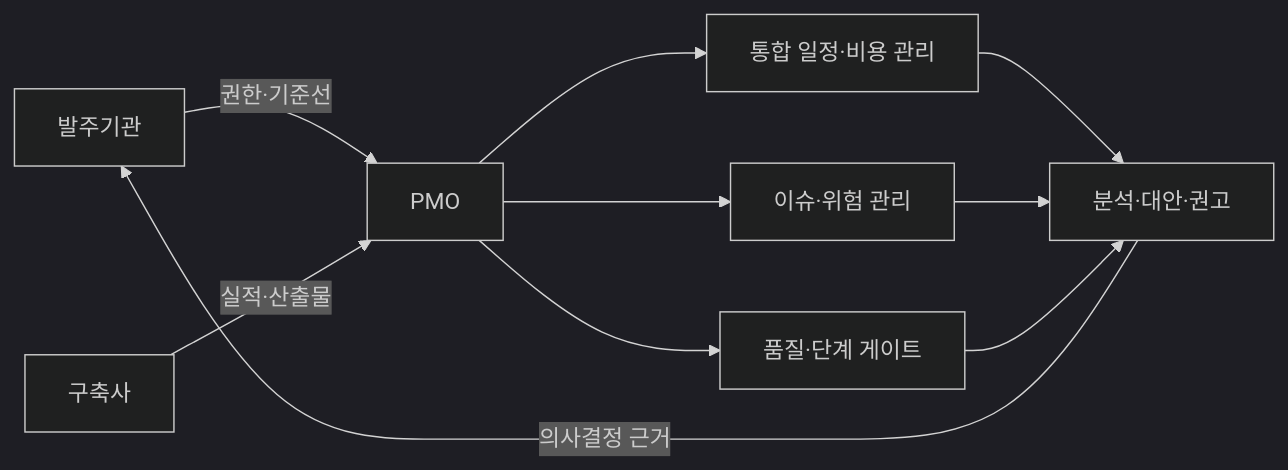
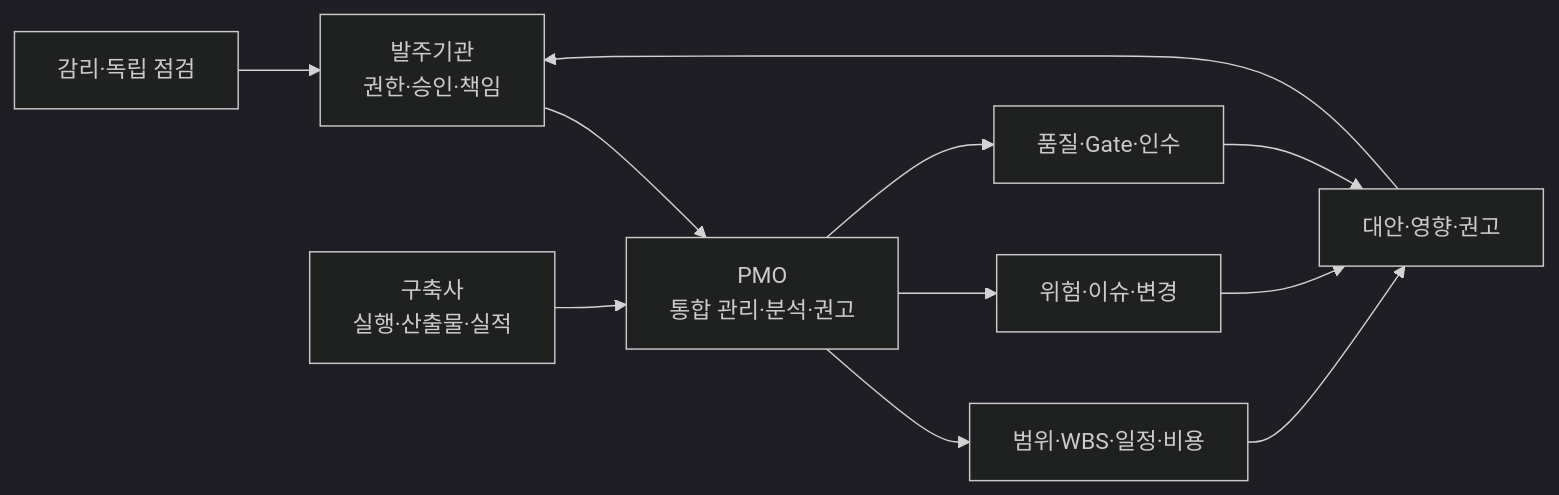
Before and after one commit to agnusdei1207/knowledge-base: the first of 2 diagrams in src/content/docs/notes/03-software/191_pmo.md, drawn with Mermaid (dark theme). The commit also changed other lines of this file and 12 other files, not shown here.

````diff
--- a/src/content/docs/notes/03-software/191_pmo.md
+++ b/src/content/docs/notes/03-software/191_pmo.md
@@ -50,12 +56,13 @@
 ```mermaid
 flowchart LR
-    O[발주기관] -->|권한·기준선| P[PMO]
-    V[구축사] -->|실적·산출물| P
-    P --> I[통합 일정·비용 관리]
-    P --> R[이슈·위험 관리]
-    P --> Q[품질·단계 게이트]
-    I --> D[분석·대안·권고]
+    O["발주기관<br/>권한·승인·책임"] --> P["PMO<br/>통합 관리·분석·권고"]
+    V["구축사<br/>실행·산출물·실적"] --> P
+    P --> B["범위·WBS·일정·비용"]
+    P --> R["위험·이슈·변경"]
+    P --> Q["품질·Gate·인수"]
+    B --> D["대안·영향·권고"]
     R --> D
     Q --> D
-    D -->|의사결정 근거| O
+    D --> O
+    A["감리·독립 점검"] --> O
 ```
````
